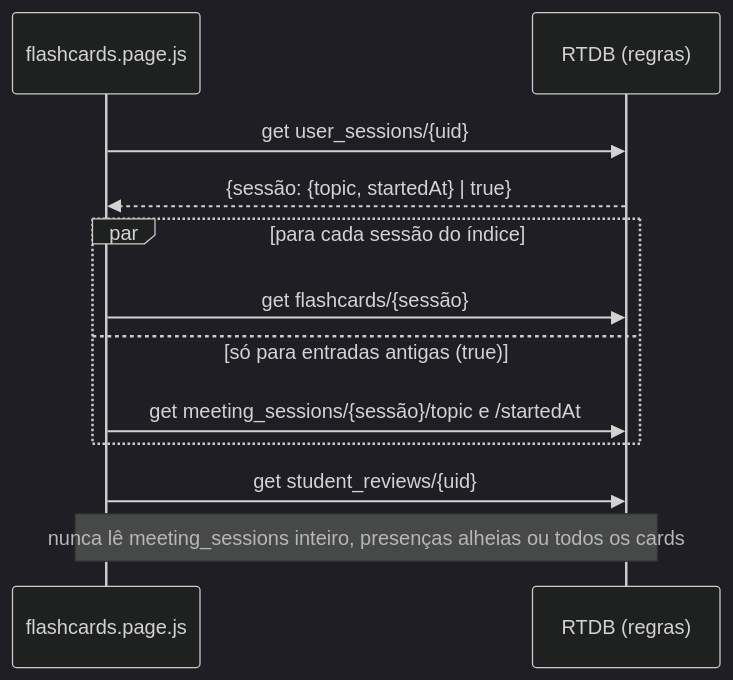
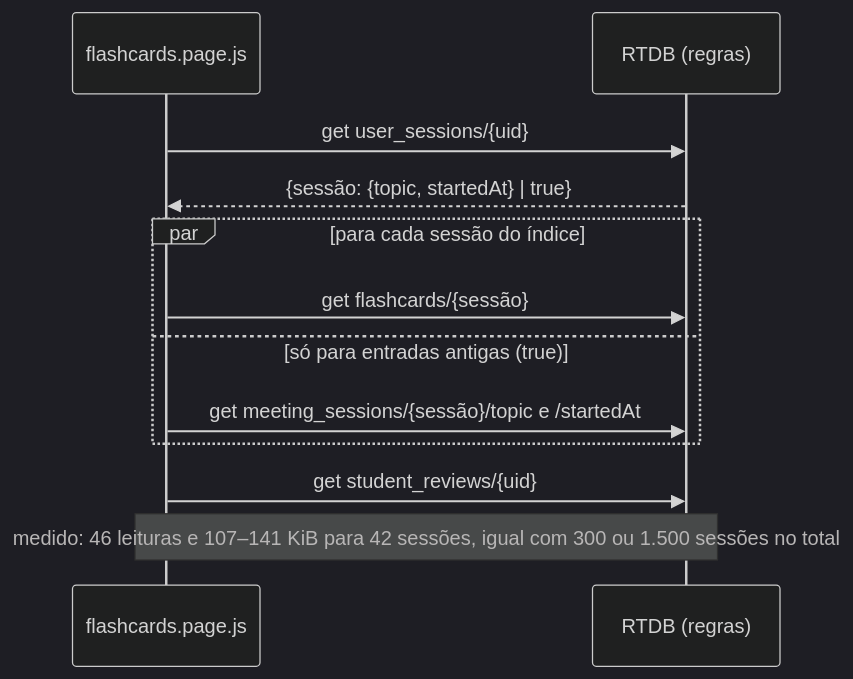
One commit to Lucas-Sperotto/fluencircle-website changed diagram 17 of 19 in docs/diagramas/DIAGRAMAS.md. Above: the diagram before and after it, drawn with Mermaid (dark theme). The commit also changed other lines of this file, not shown here.

First line of the commit message:
docs(diagrams): 14 required views plus complements, checked against code

````diff
--- a/docs/diagramas/DIAGRAMAS.md
+++ b/docs/diagramas/DIAGRAMAS.md
@@ -284,14 +543,14 @@
 ```mermaid
 sequenceDiagram
     participant F as flashcards.page.js
     participant DB as RTDB (regras)
     F->>DB: get user_sessions/{uid}
     DB-->>F: {sessão: {topic, startedAt} | true}
     par para cada sessão do índice
         F->>DB: get flashcards/{sessão}
     and só para entradas antigas (true)
         F->>DB: get meeting_sessions/{sessão}/topic e /startedAt
     end
     F->>DB: get student_reviews/{uid}
-    Note over F,DB: nunca lê meeting_sessions inteiro, presenças alheias ou todos os cards
+    Note over F,DB: medido: 46 leituras e 107–141 KiB para 42 sessões, igual com 300 ou 1.500 sessões no total
 ```
````
